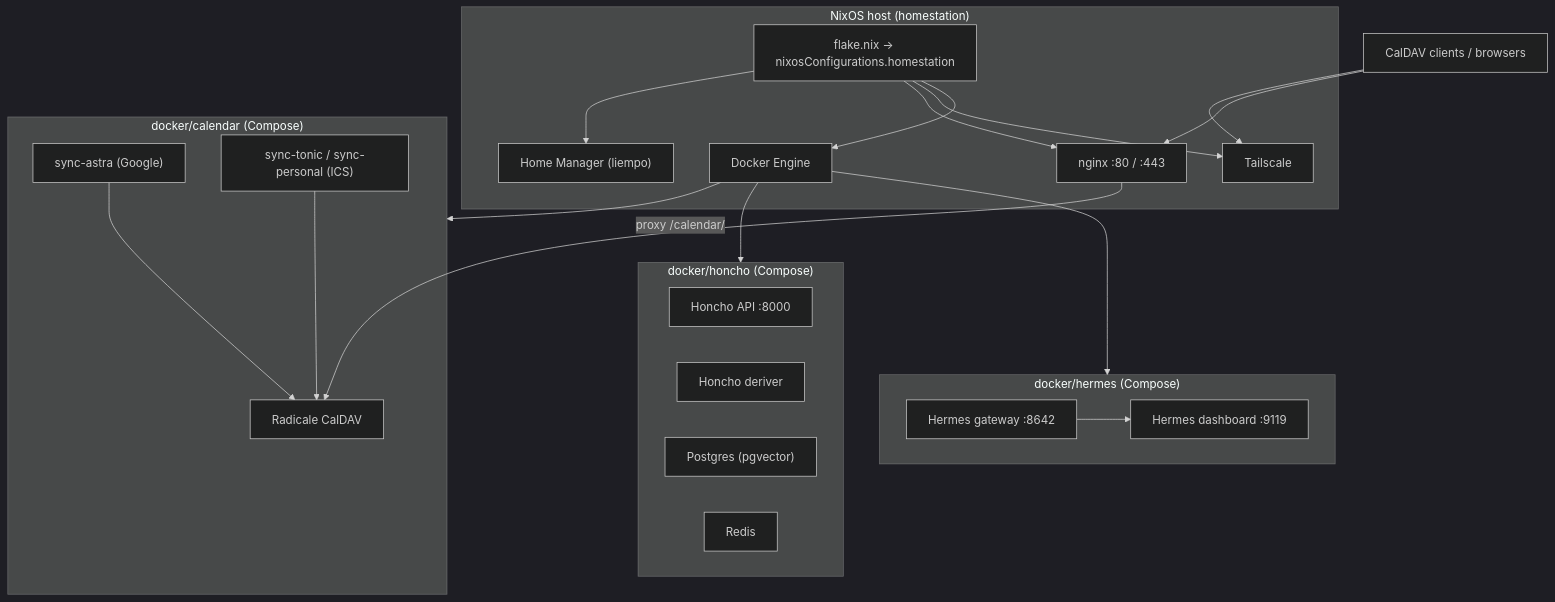
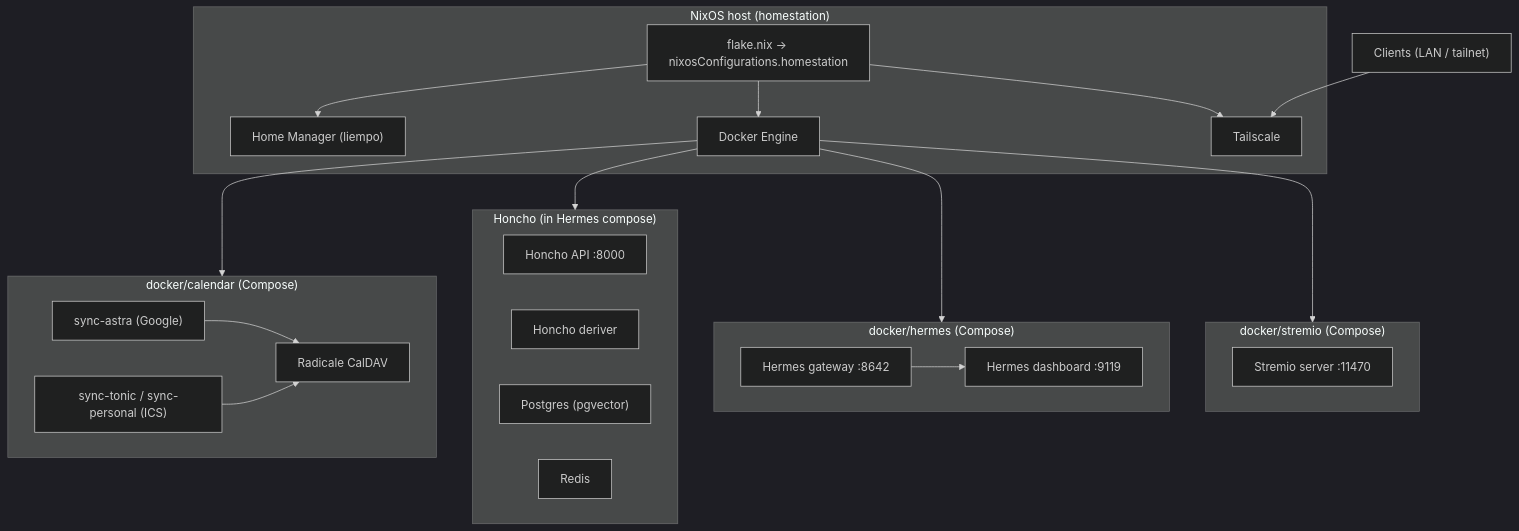
One commit to liempo/dots.home changed the diagram in README.md. Above: the diagram before and after it, drawn with Mermaid (dark theme). The commit also changed other lines of this file and 8 other files, not shown here.

````diff
--- a/README.md
+++ b/README.md
@@ -17,46 +17,47 @@
 ```mermaid
 flowchart TB
   subgraph host["NixOS host (homestation)"]
     flake["flake.nix → nixosConfigurations.homestation"]
     hm["Home Manager (liempo)"]
     docker["Docker Engine"]
-    nginx["nginx :80 / :443"]
     ts["Tailscale"]
   end
 
   subgraph compose_hermes["docker/hermes (Compose)"]
     h_gw["Hermes gateway :8642"]
     h_dash["Hermes dashboard :9119"]
   end
 
+  subgraph compose_stremio["docker/stremio (Compose)"]
+    stm["Stremio server :11470"]
+  end
+
   subgraph compose_cal["docker/calendar (Compose)"]
     rad["Radicale CalDAV"]
     s_g["sync-astra (Google)"]
     s_t["sync-tonic / sync-personal (ICS)"]
   end
 
-  subgraph compose_honcho["docker/honcho (Compose)"]
+  subgraph compose_honcho["Honcho (in Hermes compose)"]
     h_api["Honcho API :8000"]
     h_der["Honcho deriver"]
     h_pg["Postgres (pgvector)"]
     h_rd["Redis"]
   end
 
   flake --> hm
-  flake --> nginx
   flake --> ts
   flake --> docker
 
-  clients["CalDAV clients / browsers"] --> ts
-  clients --> nginx
-  nginx -->|"proxy /calendar/ "| rad
+  clients["Clients (LAN / tailnet)"] --> ts
 
   s_g --> rad
   s_t --> rad
 
   docker --> compose_cal
   docker --> compose_honcho
   docker --> compose_hermes
+  docker --> compose_stremio
 
   h_gw --> h_dash
 ```
````
